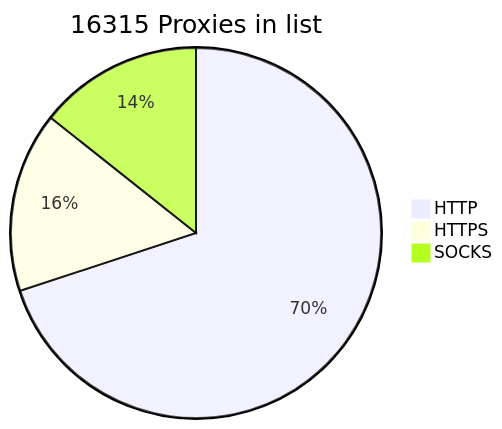
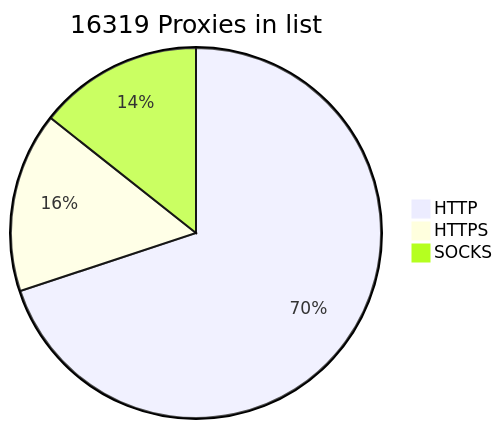
Before and after one commit to BlackSnowDot/proxylist-update-every-minute: the diagram in README.md, drawn with Mermaid. The commit also changed other lines of this file, not shown here.

````diff
--- a/README.md
+++ b/README.md
@@ -2,6 +2,6 @@
 ```mermaid
-pie title 16315 Proxies in list
+pie title 16319 Proxies in list
     "HTTP" : 12142
     "HTTPS": 2731
-    "SOCKS" : 2486
+    "SOCKS" : 2490
 ```
````
